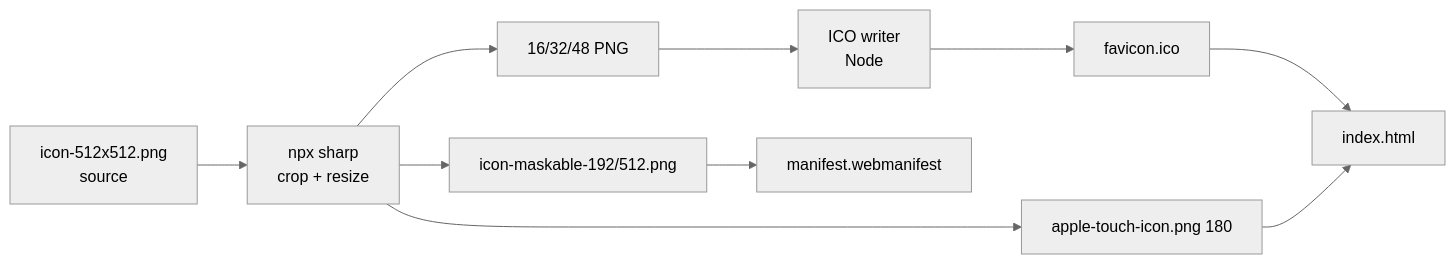
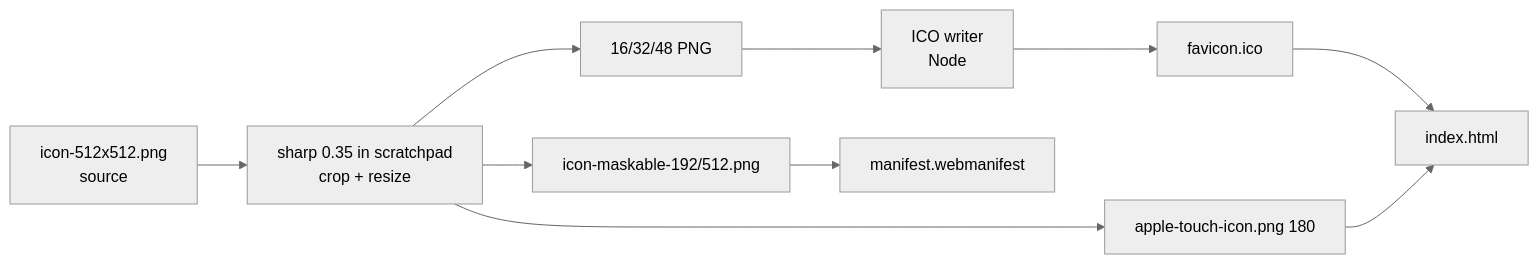
One commit to C3Idea/shell-generator changed the diagram in specs/008-the_big_favicon_sleep/spec.md. Above: the diagram before and after it, drawn with Mermaid (neutral theme). The commit also changed other lines of this file and 1 other file, not shown here.

````diff
--- a/specs/008-the_big_favicon_sleep/spec.md
+++ b/specs/008-the_big_favicon_sleep/spec.md
@@ -50,11 +50,11 @@
 ```mermaid
 flowchart LR
-  src[icon-512x512.png<br/>source] --> sharp[npx sharp<br/>crop + resize]
+  src[icon-512x512.png<br/>source] --> sharp[sharp 0.35 in scratchpad<br/>crop + resize]
   sharp --> fav16[16/32/48 PNG]
   fav16 --> ico[ICO writer<br/>Node] --> favicon[favicon.ico]
   sharp --> apple[apple-touch-icon.png 180]
   sharp --> mask[icon-maskable-192/512.png]
   favicon --> html[index.html]
   apple --> html
   mask --> manifest[manifest.webmanifest]
 ```
````
